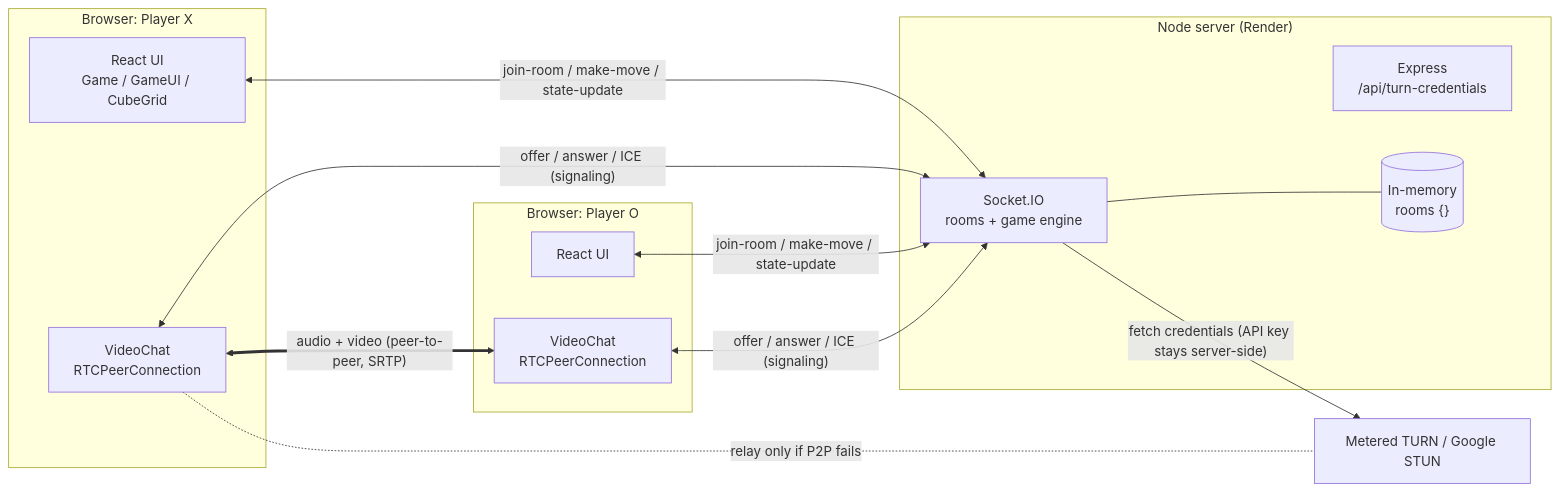
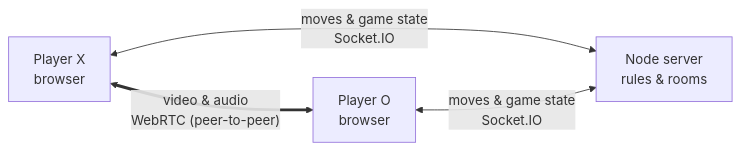
The diagram in README.md (aniketpandey05/3d_tic_tac_toe), drawn with Mermaid before and after one commit. The commit also changed other lines of this file and 19 other files, not shown here.

First line of the commit message:
Add tests and CI, split server rules, wire landing page, simplify README

````diff
--- a/README.md
+++ b/README.md
@@ -116,29 +28,6 @@
 ```mermaid
 flowchart LR
-    subgraph BrowserA["Browser: Player X"]
-        A_UI["React UI<br/>Game / GameUI / CubeGrid"]
-        A_RTC["VideoChat<br/>RTCPeerConnection"]
-    end
-
-    subgraph BrowserB["Browser: Player O"]
-        B_UI["React UI"]
-        B_RTC["VideoChat<br/>RTCPeerConnection"]
-    end
-
-    subgraph Server["Node server (Render)"]
-        IO["Socket.IO<br/>rooms + game engine"]
-        REST["Express<br/>/api/turn-credentials"]
-        MEM[("In-memory<br/>rooms {}")]
-    end
-
-    TURN["Metered TURN / Google STUN"]
-
-    A_UI <-- "join-room / make-move / state-update" --> IO
-    B_UI <-- "join-room / make-move / state-update" --> IO
-    A_RTC <-- "offer / answer / ICE (signaling)" --> IO
-    B_RTC <-- "offer / answer / ICE (signaling)" --> IO
-    IO --- MEM
-    IO -- "fetch credentials (API key stays server-side)" --> TURN
-    A_RTC <== "audio + video (peer-to-peer, SRTP)" ==> B_RTC
-    A_RTC -. "relay only if P2P fails" .- TURN
+    A["Player X<br/>browser"] <-- "moves & game state<br/>Socket.IO" --> S["Node server<br/>rules & rooms"]
+    B["Player O<br/>browser"] <-- "moves & game state<br/>Socket.IO" --> S
+    A <== "video & audio<br/>WebRTC (peer-to-peer)" ==> B
 ```
````
